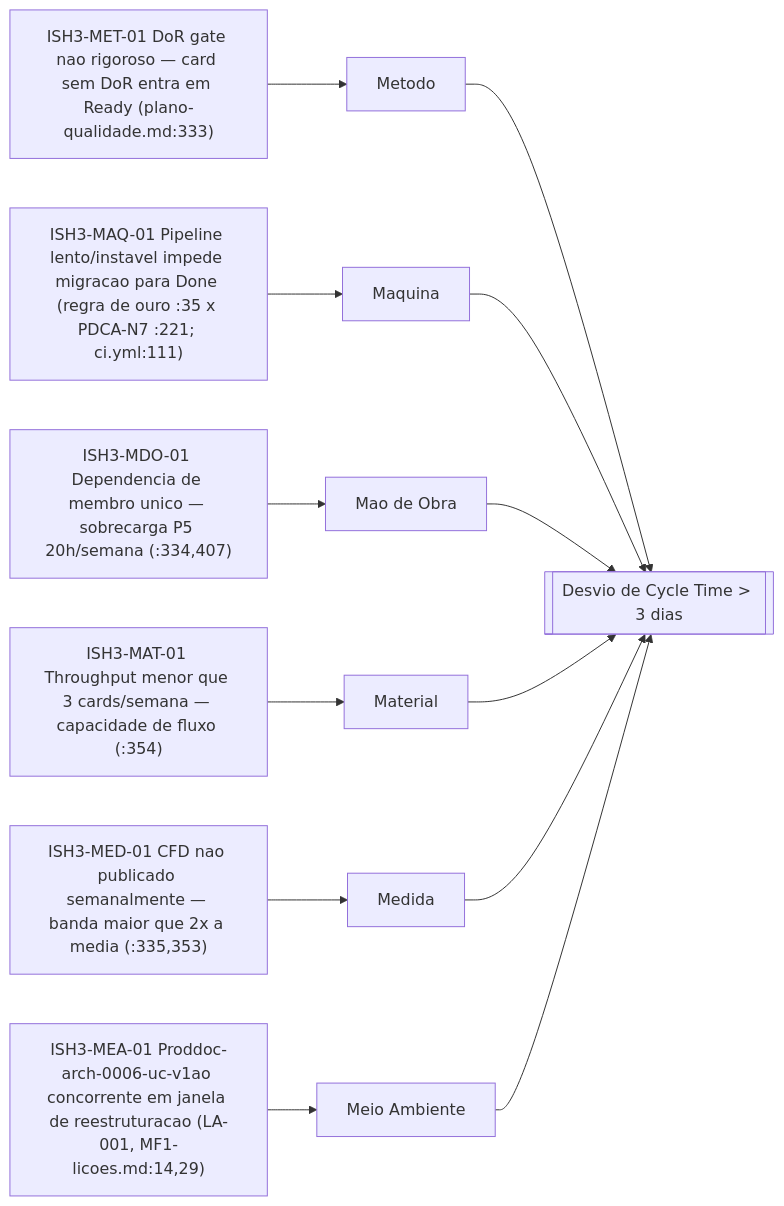
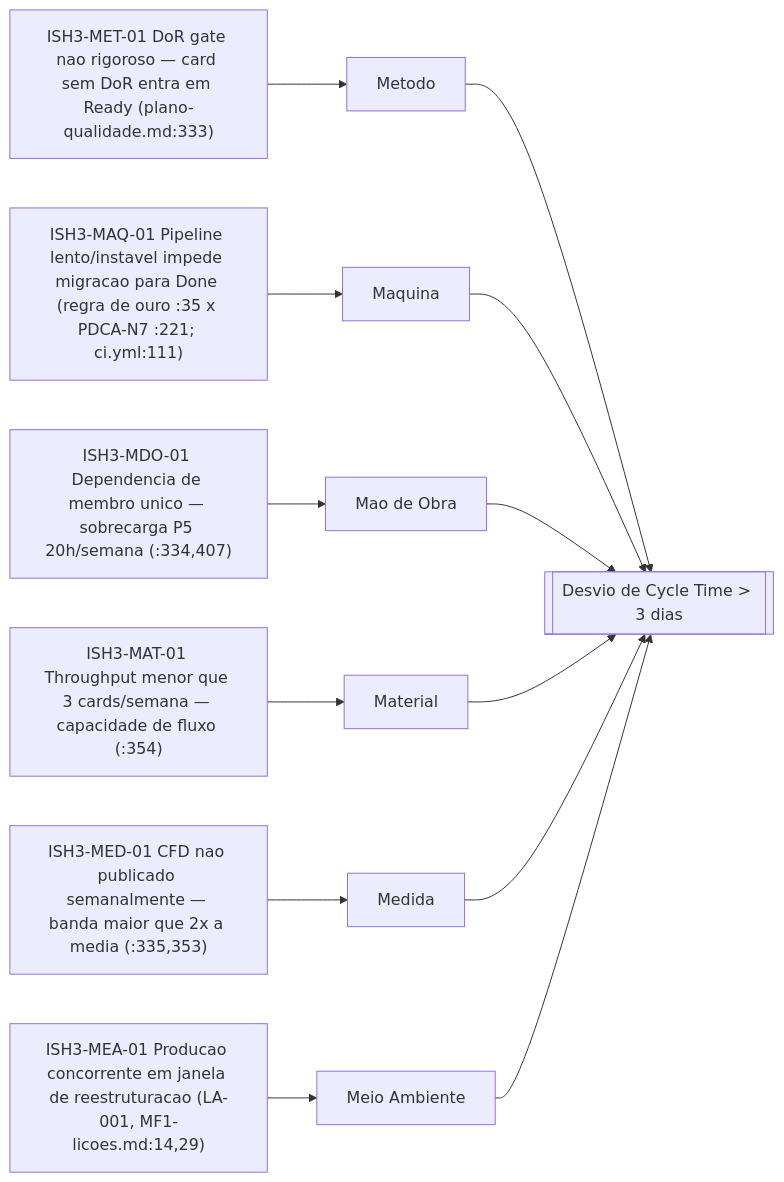
The third of 3 diagrams in .ai/specs/spec-quality-0001-qualidade-pdca-ishikawa-v1.0.md (leonardosetti/COBECO), drawn with Mermaid before and after one commit. The commit also changed other lines of this file and 741 other files, not shown here.

````diff
--- a/.ai/specs/spec-quality-0001-qualidade-pdca-ishikawa-v1.0.md
+++ b/.ai/specs/spec-quality-0001-qualidade-pdca-ishikawa-v1.0.md
@@ -227,15 +227,15 @@
 ```mermaid
 flowchart LR
   C1["ISH3-MET-01 DoR gate nao rigoroso — card sem DoR entra em Ready (plano-qualidade.md:333)"] --> MET3["Metodo"]
   C2["ISH3-MAQ-01 Pipeline lento/instavel impede migracao para Done (regra de ouro :35 x PDCA-N7 :221; ci.yml:111)"] --> MAQ3["Maquina"]
   C3["ISH3-MDO-01 Dependencia de membro unico — sobrecarga P5 20h/semana (:334,407)"] --> MDO3["Mao de Obra"]
   C4["ISH3-MAT-01 Throughput menor que 3 cards/semana — capacidade de fluxo (:354)"] --> MAT3["Material"]
   C5["ISH3-MED-01 CFD nao publicado semanalmente — banda maior que 2x a media (:335,353)"] --> MED3["Medida"]
-  C6["ISH3-MEA-01 Proddoc-arch-0006-uc-v1ao concorrente em janela de reestruturacao (LA-001, MF1-licoes.md:14,29)"] --> MEA3["Meio Ambiente"]
+  C6["ISH3-MEA-01 Producao concorrente em janela de reestruturacao (LA-001, MF1-licoes.md:14,29)"] --> MEA3["Meio Ambiente"]
   MET3 --> EF3[["Desvio de Cycle Time > 3 dias"]]
   MAQ3 --> EF3
   MDO3 --> EF3
   MAT3 --> EF3
   MED3 --> EF3
   MEA3 --> EF3
 ```
````
